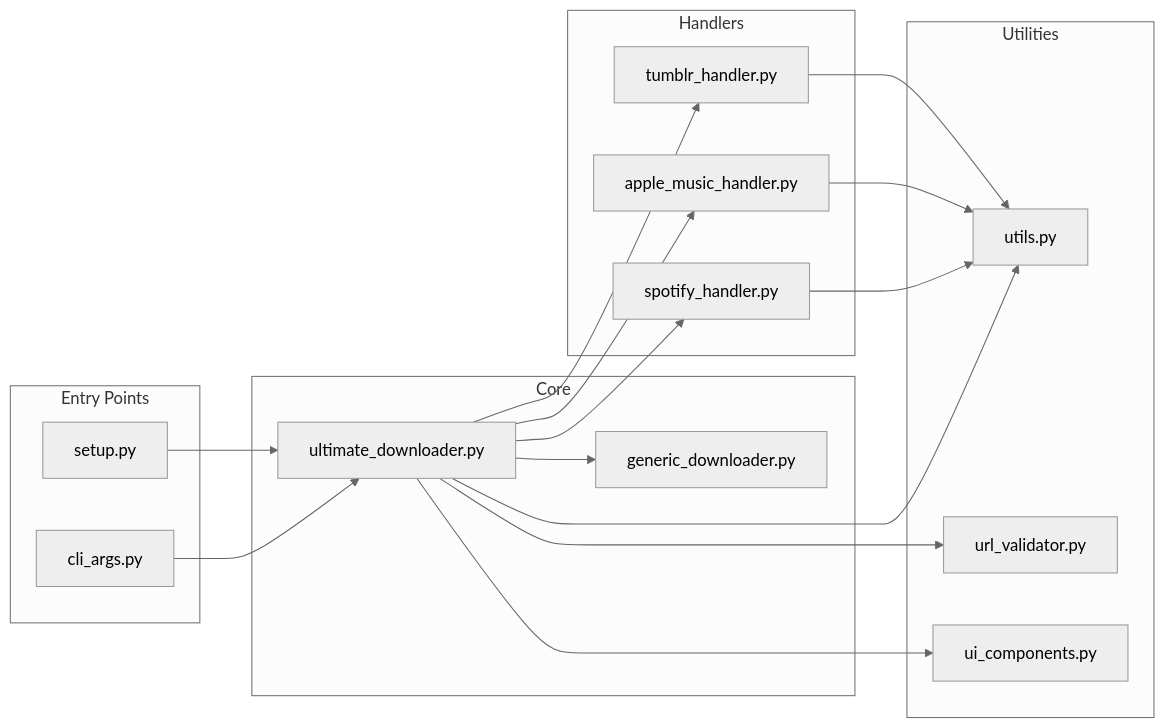
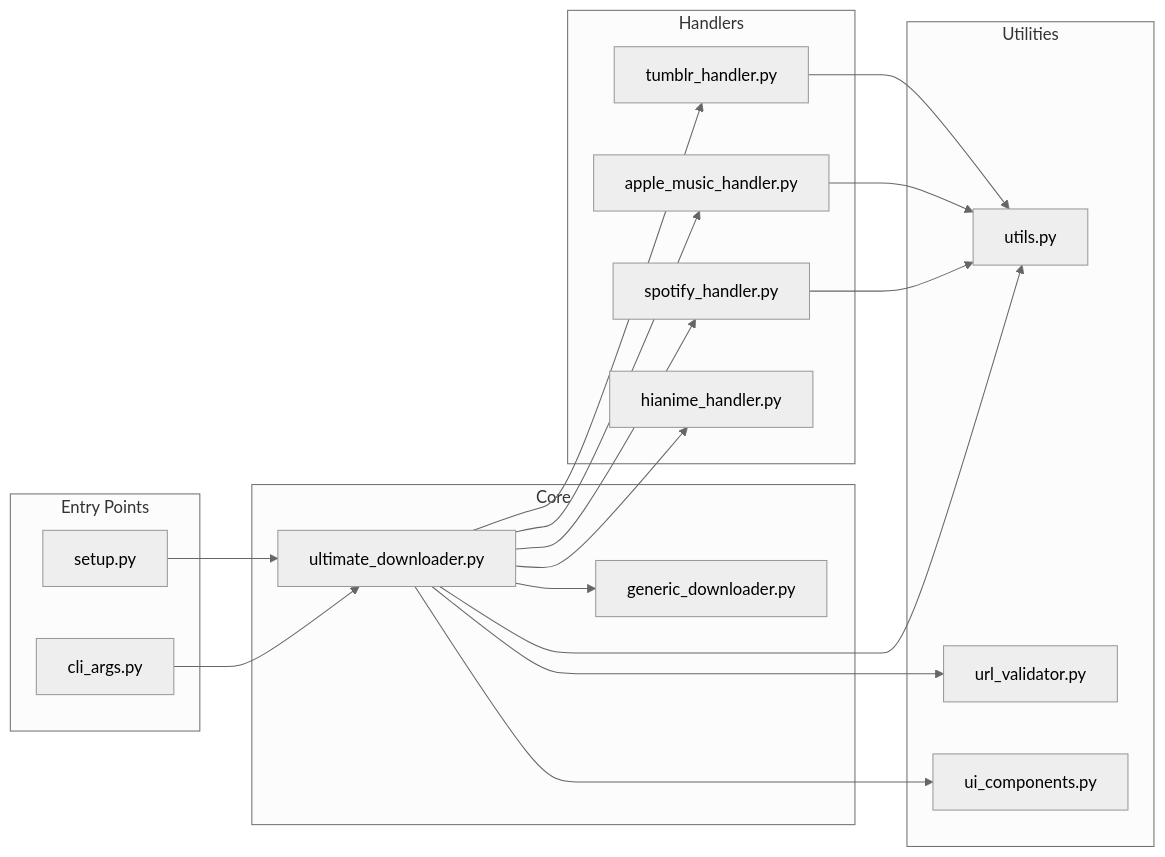
Before and after one commit to NK2552003/ULTIMATE-MEDIA-DOWNLOADER: the second of 2 diagrams in documentations/FILE_STRUCTURE.md, drawn with Mermaid (neutral theme). The commit also changed other lines of this file and 4 other files, not shown here.

````diff
--- a/documentations/FILE_STRUCTURE.md
+++ b/documentations/FILE_STRUCTURE.md
@@ -330,37 +332,39 @@
 ```mermaid
 graph LR
     subgraph "Entry Points"
         CLI[cli_args.py]
         SETUP[setup.py]
     end
 
     subgraph "Core"
         MAIN[ultimate_downloader.py]
         GENERIC[generic_downloader.py]
     end
 
     subgraph "Handlers"
         SPOTIFY[spotify_handler.py]
         APPLE[apple_music_handler.py]
         TUMBLR[tumblr_handler.py]
+        HIANIME[hianime_handler.py]
     end
 
     subgraph "Utilities"
         UTILS[utils.py]
         URL_VAL[url_validator.py]
         UI_COMP[ui_components.py]
     end
 
     CLI --> MAIN
     SETUP --> MAIN
     MAIN --> GENERIC
     MAIN --> SPOTIFY
     MAIN --> APPLE
     MAIN --> TUMBLR
+    MAIN --> HIANIME
     MAIN --> UTILS
     MAIN --> URL_VAL
     MAIN --> UI_COMP
     SPOTIFY --> UTILS
     APPLE --> UTILS
     TUMBLR --> UTILS
 ```
````
